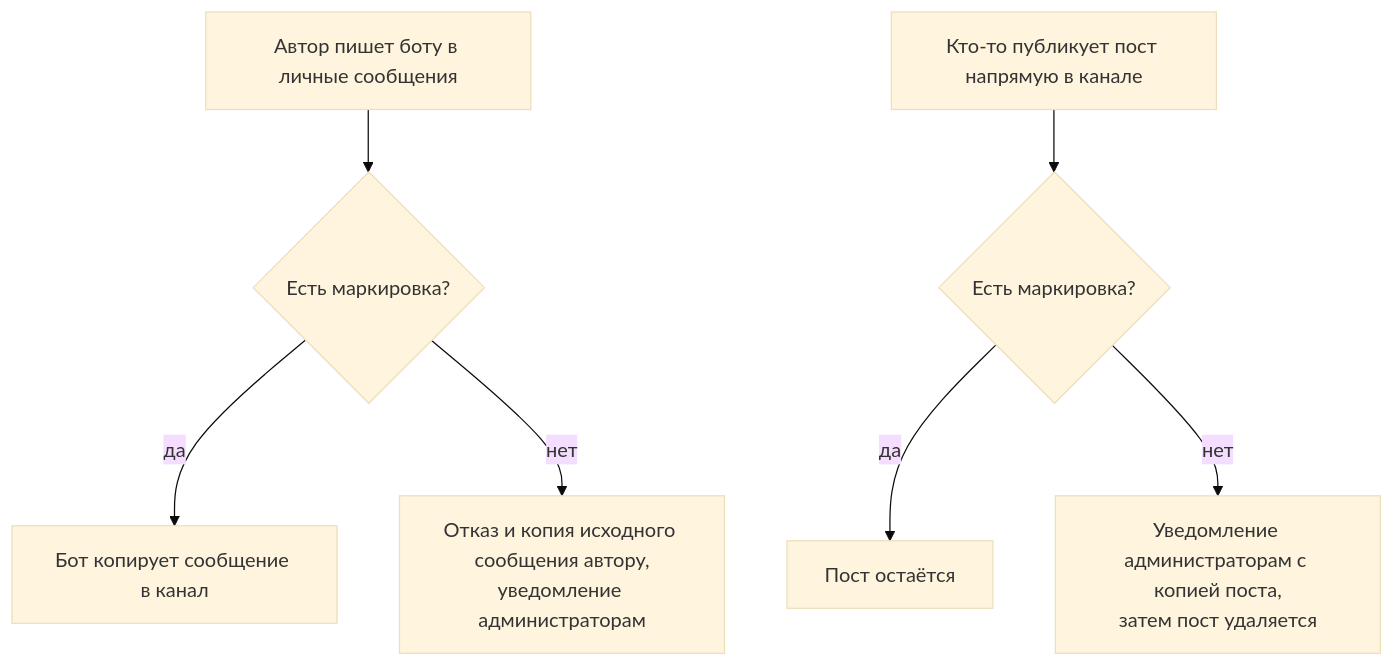
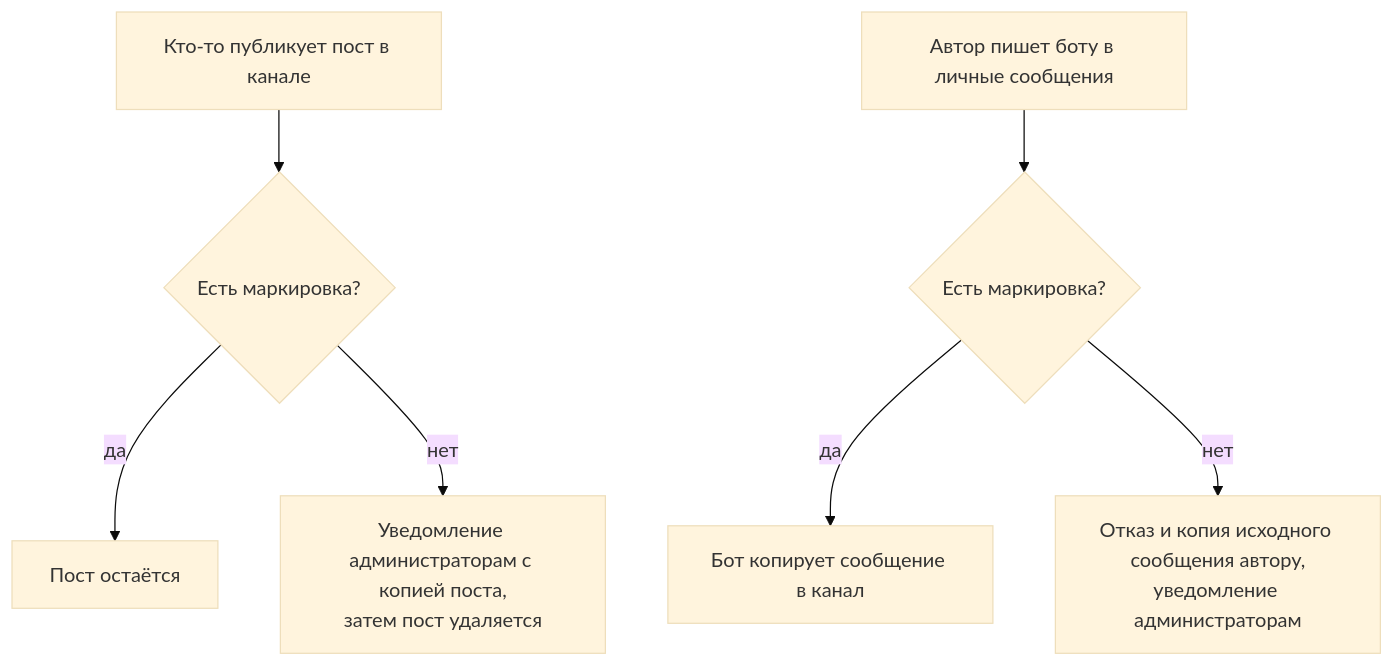
One commit to Faithfinder/rf_compliance_bot changed the diagram in README.md. Above: the diagram before and after it, drawn with Mermaid (base theme). The commit also changed other lines of this file and 12 other files, not shown here.

````diff
--- a/README.md
+++ b/README.md
@@ -25,10 +25,10 @@
 ```mermaid
 flowchart TD
-    A["Автор пишет боту в личные сообщения"] --> B{"Есть маркировка?"}
-    B -- "да" --> C["Бот копирует сообщение в канал"]
-    B -- "нет" --> D["Отказ и копия исходного сообщения автору,<br/>уведомление администраторам"]
+    A["Кто-то публикует пост в канале"] --> B{"Есть маркировка?"}
+    B -- "да" --> C["Пост остаётся"]
+    B -- "нет" --> D["Уведомление администраторам с копией поста,<br/>затем пост удаляется"]
 
-    E["Кто-то публикует пост напрямую в канале"] --> F{"Есть маркировка?"}
-    F -- "да" --> G["Пост остаётся"]
-    F -- "нет" --> H["Уведомление администраторам с копией поста,<br/>затем пост удаляется"]
+    E["Автор пишет боту в личные сообщения"] --> F{"Есть маркировка?"}
+    F -- "да" --> G["Бот копирует сообщение в канал"]
+    F -- "нет" --> H["Отказ и копия исходного сообщения автору,<br/>уведомление администраторам"]
 ```
````
